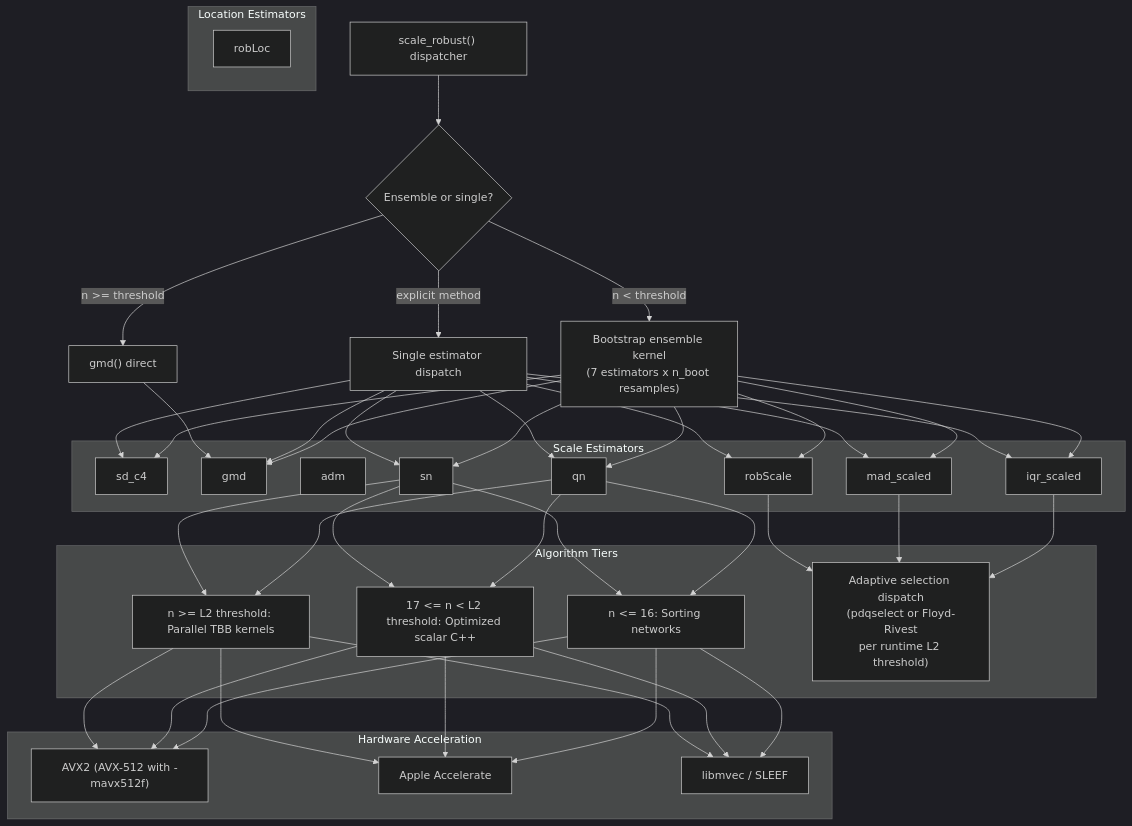
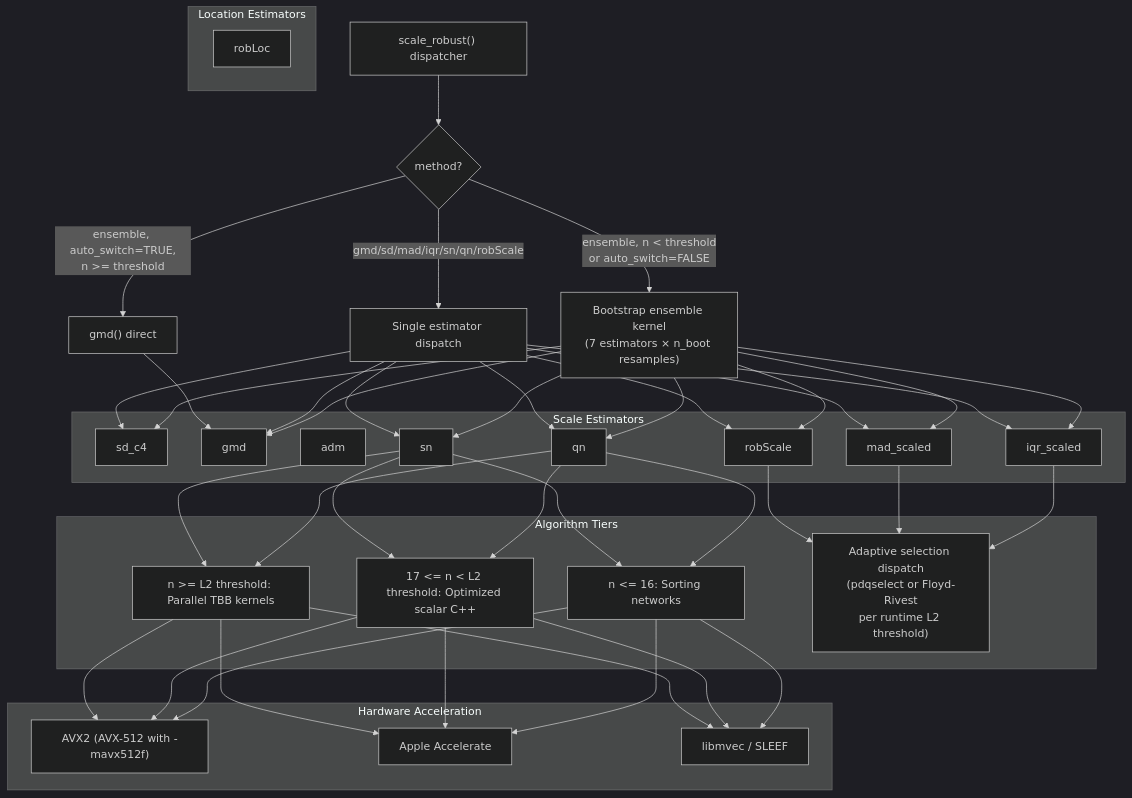
Before and after one commit to davdittrich/robscale: the second of 2 diagrams in README.md, drawn with Mermaid (dark theme). The commit also changed other lines of this file and 1 other file, not shown here.

First line of the commit message:
docs: update README for auto_switch fix, bootstrap CI, and Aitken acceleration

````diff
--- a/README.md
+++ b/README.md
@@ -418,44 +438,44 @@
 ```mermaid
 graph TD
-    SR["scale_robust() dispatcher"] --> ENS{Ensemble or single?}
-    ENS -- "n < threshold" --> BOOT["Bootstrap ensemble kernel<br/>(7 estimators x n_boot resamples)"]
-    ENS -- "n >= threshold" --> GMD_FAST["gmd() direct"]
-    ENS -- "explicit method" --> SINGLE["Single estimator dispatch"]
+    SR["scale_robust() dispatcher"] --> ENS{method?}
+    ENS -- "ensemble, n < threshold<br/>or auto_switch=FALSE" --> BOOT["Bootstrap ensemble kernel<br/>(7 estimators × n_boot resamples)"]
+    ENS -- "ensemble, auto_switch=TRUE,<br/>n >= threshold" --> GMD_FAST["gmd() direct"]
+    ENS -- "gmd/sd/mad/iqr/sn/qn/robScale" --> SINGLE["Single estimator dispatch"]
 
     subgraph "Scale Estimators"
         SD["sd_c4"]
         GMD["gmd"]
         ADM["adm"]
         QN["qn"]
         SN["sn"]
         RS["robScale"]
         IQR["iqr_scaled"]
         MAD["mad_scaled"]
     end
 
     subgraph "Location Estimators"
         RL["robLoc"]
     end
 
     BOOT --> SD & GMD & MAD & IQR & SN & QN & RS
     SINGLE --> SD & GMD & QN & SN & RS & IQR & MAD
     GMD_FAST --> GMD
 
     subgraph "Algorithm Tiers"
         T1["n <= 16: Sorting networks"]
         T2["17 <= n < L2 threshold: Optimized scalar C++"]
         T3["n >= L2 threshold: Parallel TBB kernels"]
         T4["Adaptive selection dispatch\n(pdqselect or Floyd-Rivest\nper runtime L2 threshold)"]
     end
 
     QN & SN --> T1 & T2 & T3
     IQR & MAD & RS --> T4
 
     subgraph "Hardware Acceleration"
         G["AVX2 (AVX-512 with -mavx512f)"]
         H[Apple Accelerate]
         I["libmvec / SLEEF"]
     end
 
     T1 & T2 & T3 --> G & H & I
 ```
````
